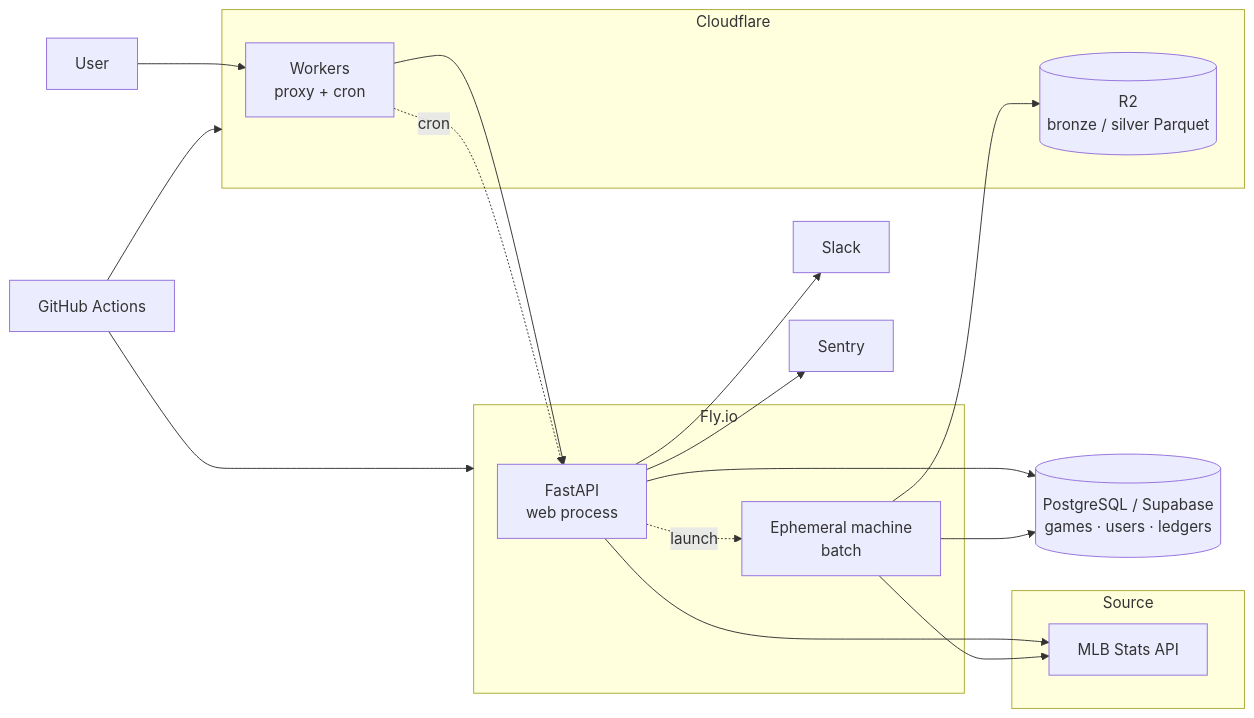
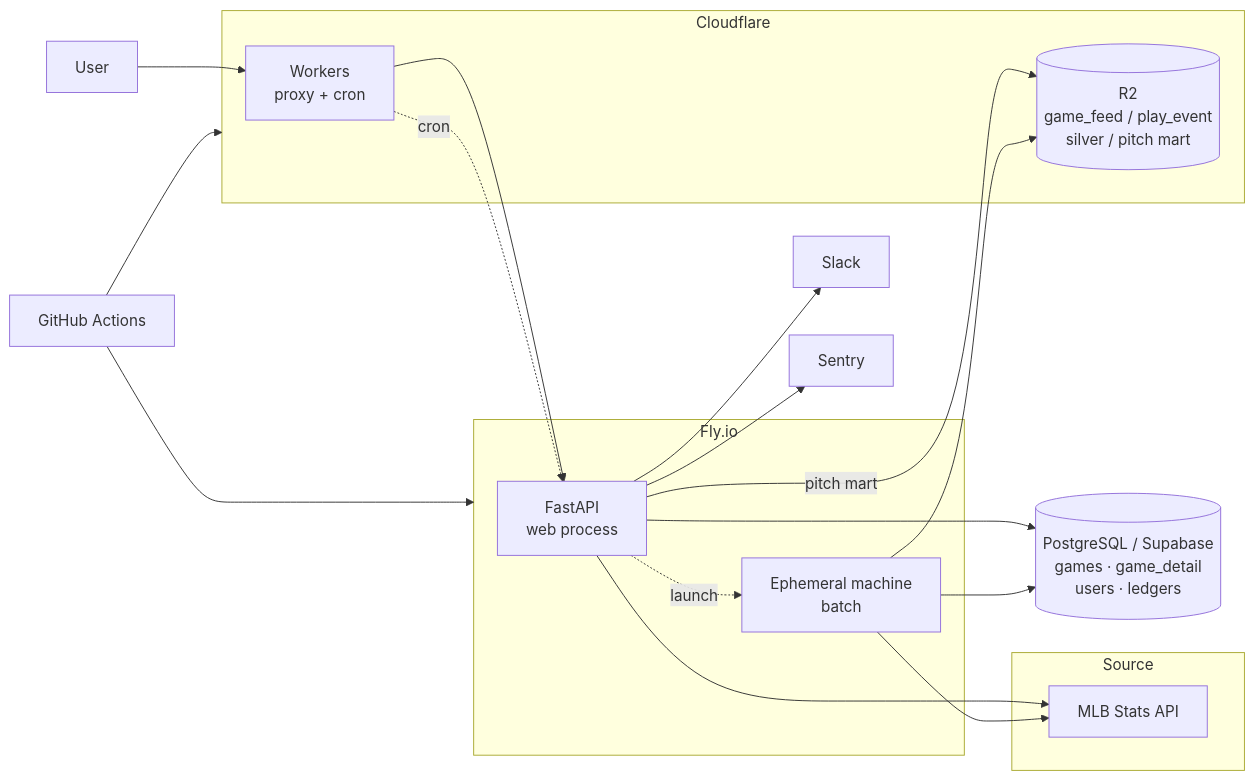
One commit to cow-coding/sport-data-hub-showcase changed the diagram in README.md. Above: the diagram before and after it, drawn with Mermaid. The commit also changed other lines of this file and 8 other files, not shown here.

````diff
--- a/README.md
+++ b/README.md
@@ -42,31 +48,32 @@
 ```mermaid
 flowchart LR
     subgraph Source
         MLB[MLB Stats API]
     end
 
     subgraph Edge["Cloudflare"]
         Worker[Workers<br/>proxy + cron]
-        R2[(R2<br/>bronze / silver Parquet)]
+        R2[(R2<br/>game_feed / play_event<br/>silver / pitch mart)]
     end
 
     subgraph Fly["Fly.io"]
         API[FastAPI<br/>web process]
         Job[Ephemeral machine<br/>batch]
     end
 
-    PG[(PostgreSQL / Supabase<br/>games · users · ledgers)]
+    PG[(PostgreSQL / Supabase<br/>games · game_detail<br/>users · ledgers)]
 
     User --> Worker --> API
     API --> MLB
     API --> PG
+    API -->|pitch mart| R2
     Worker -.cron.-> API -.launch.-> Job
     Job --> MLB
     Job --> PG
     Job --> R2
 
     API --> Slack
     API --> Sentry
     GH[GitHub Actions] --> Fly
     GH --> Edge
 ```
````
